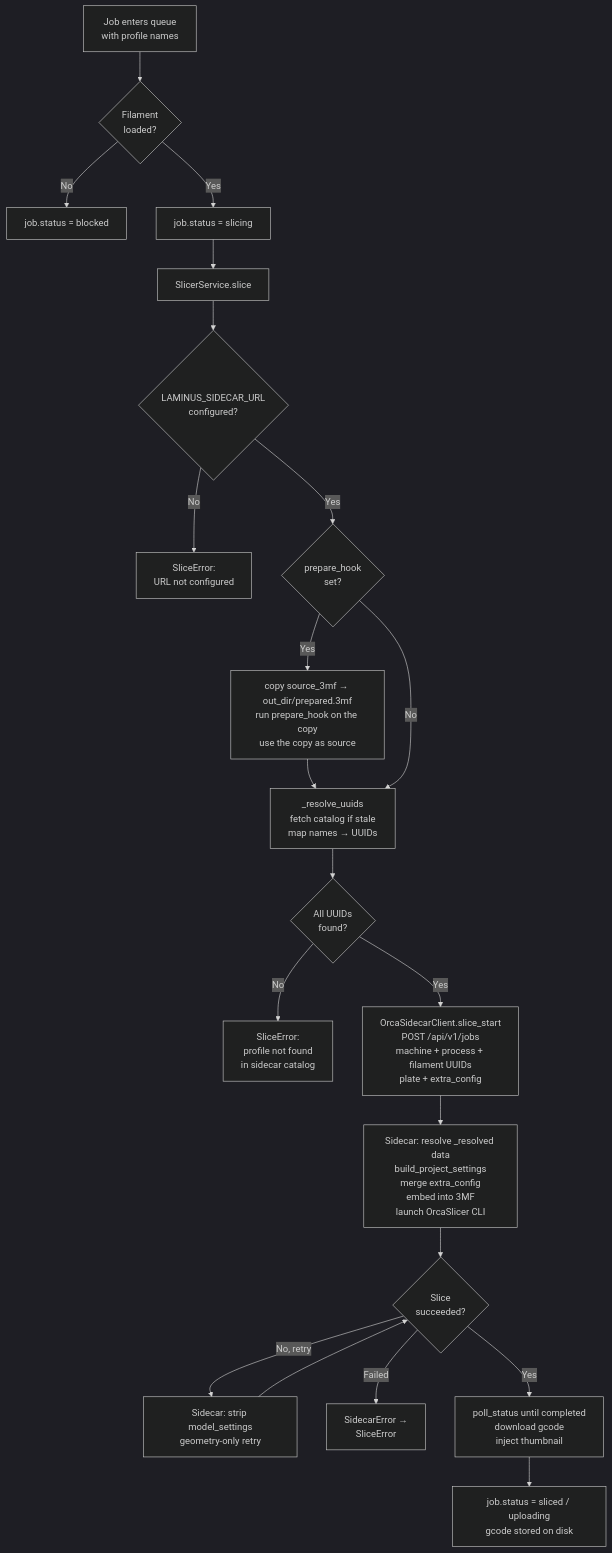
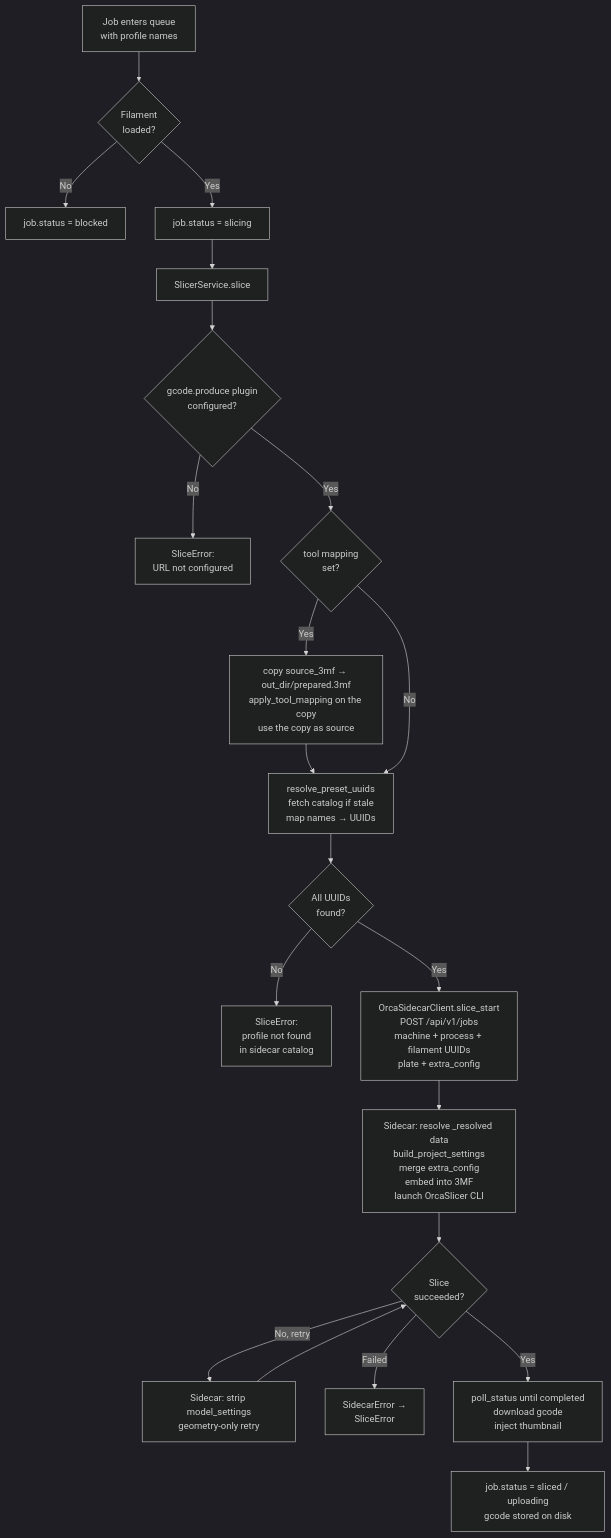
One commit to mgomezdev/themis changed the ninth of 9 diagrams in docs/slicing-flow.md. Above: the diagram before and after it, drawn with Mermaid (dark theme). The commit also changed other lines of this file and 32 other files, not shown here.

First line of the commit message:
Slice through GcodeProducer.produce() with a cancel token (BIZ-295)

````diff
--- a/docs/slicing-flow.md
+++ b/docs/slicing-flow.md
@@ -303,32 +304,32 @@
 ```mermaid
 flowchart TD
     A[Job enters queue\nwith profile names] --> B{Filament\nloaded?}
     B -- No --> C[job.status = blocked]
     B -- Yes --> D[job.status = slicing]
 
     D --> E[SlicerService.slice]
 
-    E --> F{LAMINUS_SIDECAR_URL\nconfigured?}
+    E --> F{gcode.produce plugin\nconfigured?}
     F -- No --> FAIL1[SliceError:\nURL not configured]
 
-    F -- Yes --> G{prepare_hook\nset?}
-    G -- Yes --> G2[copy source_3mf → out_dir/prepared.3mf\nrun prepare_hook on the copy\nuse the copy as source]
-    G2 --> H[_resolve_uuids\nfetch catalog if stale\nmap names → UUIDs]
+    F -- Yes --> G{tool mapping\nset?}
+    G -- Yes --> G2[copy source_3mf → out_dir/prepared.3mf\napply_tool_mapping on the copy\nuse the copy as source]
+    G2 --> H[resolve_preset_uuids\nfetch catalog if stale\nmap names → UUIDs]
 
     G -- No --> H
 
     H --> I{All UUIDs\nfound?}
     I -- No --> FAIL3[SliceError:\nprofile not found\nin sidecar catalog]
 
     I -- Yes --> J[OrcaSidecarClient.slice_start\nPOST /api/v1/jobs\nmachine + process + filament UUIDs\nplate + extra_config]
 
     J --> K[Sidecar: resolve _resolved data\nbuild_project_settings\nmerge extra_config\nembed into 3MF\nlaunch OrcaSlicer CLI]
 
     K --> L{Slice\nsucceeded?}
     L -- No, retry --> M[Sidecar: strip model_settings\ngeometry-only retry]
     M --> L
     L -- Failed --> FAIL4[SidecarError →\nSliceError]
     L -- Yes --> N[poll_status until completed\ndownload gcode\ninject thumbnail]
 
     N --> O[job.status = sliced / uploading\ngcode stored on disk]
 ```
````
